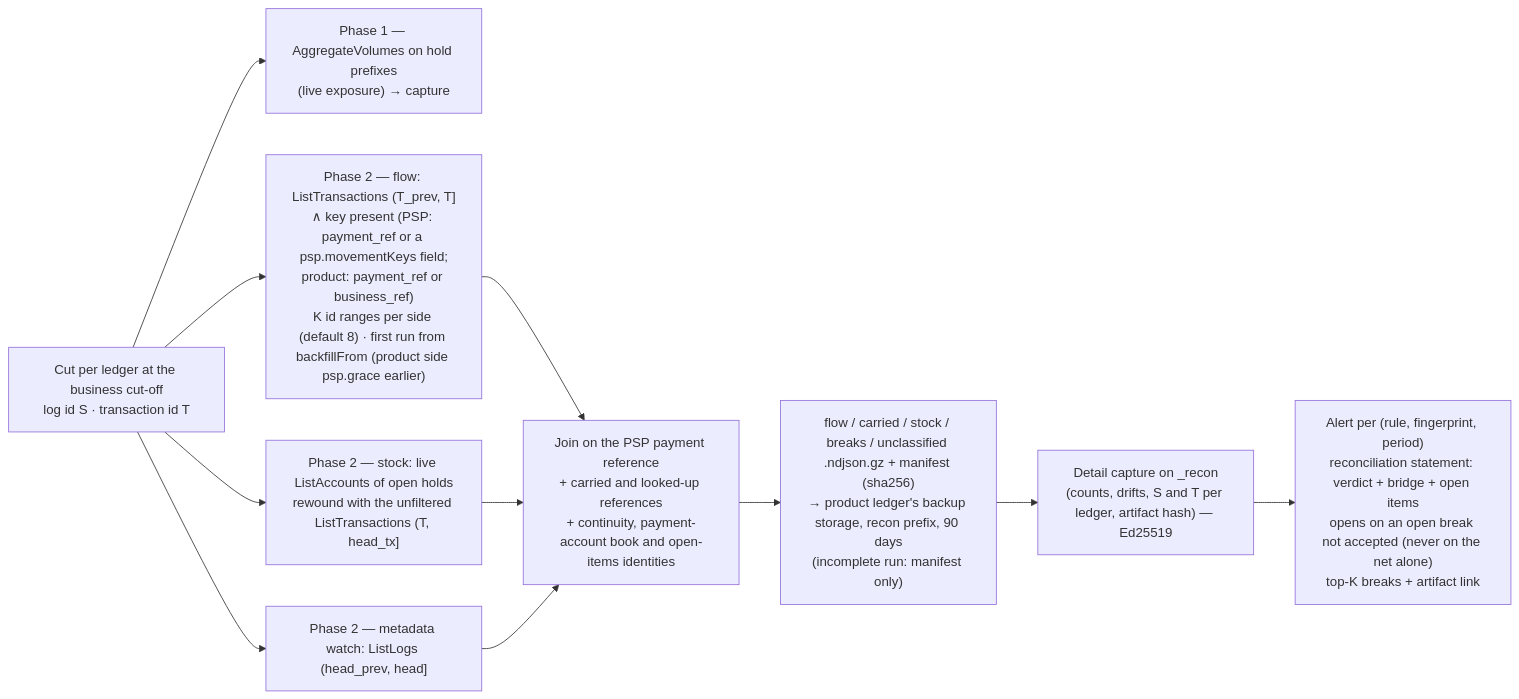
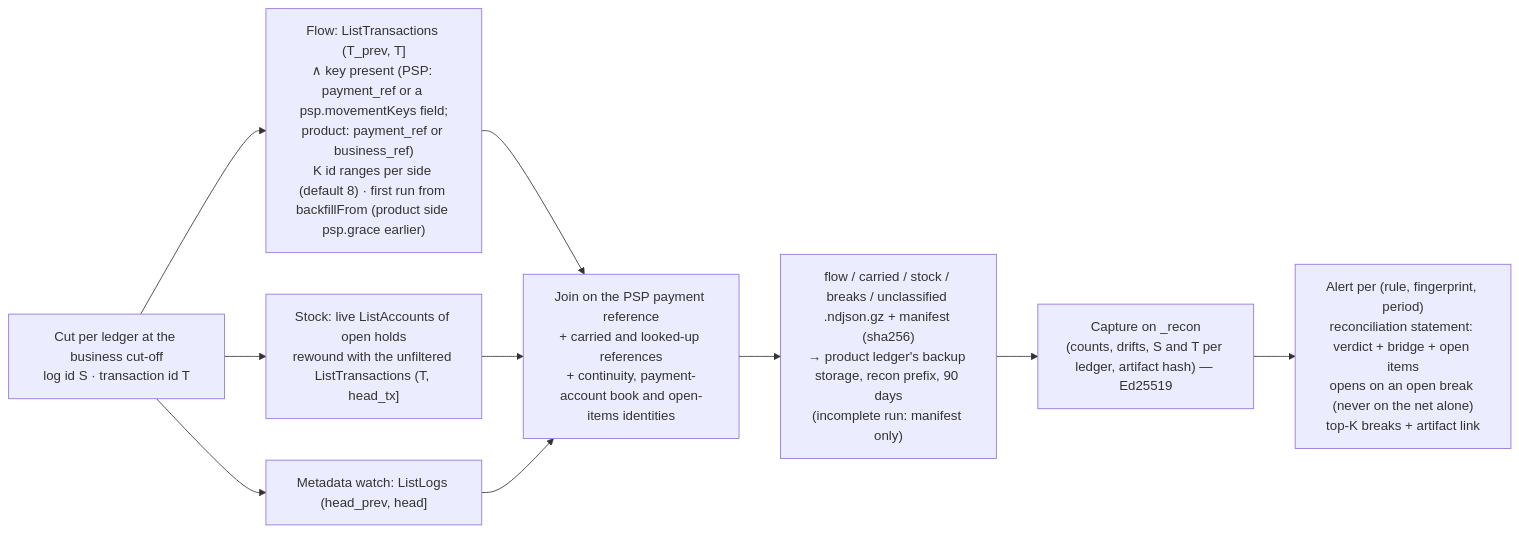
The ninth of 9 diagrams in docs/technical/workflows.md (formancehq/reconciliation), drawn with Mermaid before and after one commit. The commit also changed 3 other files, not shown here.

First line of the commit message:
docs(recon): make a run one asynchronous job, with no phase-1 capture (ADR-005 §7)

````diff
--- a/docs/technical/workflows.md
+++ b/docs/technical/workflows.md
@@ -326,13 +326,12 @@
 ```mermaid
 flowchart LR
-    Cut["Cut per ledger at the business cut-off<br/>log id S · transaction id T"] --> Agg["Phase 1 — AggregateVolumes on hold prefixes<br/>(live exposure) → capture"]
-    Cut --> Flow["Phase 2 — flow: ListTransactions (T_prev, T]<br/>∧ key present (PSP: payment_ref or a psp.movementKeys field;<br/>product: payment_ref or business_ref)<br/>K id ranges per side (default 8) · first run from backfillFrom (product side psp.grace earlier)"]
-    Cut --> Stock["Phase 2 — stock: live ListAccounts of open holds<br/>rewound with the unfiltered ListTransactions (T, head_tx]"]
-    Cut --> Watch["Phase 2 — metadata watch: ListLogs (head_prev, head]"]
+    Cut["Cut per ledger at the business cut-off<br/>log id S · transaction id T"] --> Flow["Flow: ListTransactions (T_prev, T]<br/>∧ key present (PSP: payment_ref or a psp.movementKeys field;<br/>product: payment_ref or business_ref)<br/>K id ranges per side (default 8) · first run from backfillFrom (product side psp.grace earlier)"]
+    Cut --> Stock["Stock: live ListAccounts of open holds<br/>rewound with the unfiltered ListTransactions (T, head_tx]"]
+    Cut --> Watch["Metadata watch: ListLogs (head_prev, head]"]
     Flow --> Join["Join on the PSP payment reference<br/>+ carried and looked-up references<br/>+ continuity, payment-account book and open-items identities"]
     Stock --> Join
     Watch --> Join
     Join --> Art["flow / carried / stock / breaks / unclassified .ndjson.gz + manifest (sha256)<br/>→ product ledger's backup storage, recon prefix, 90 days<br/>(incomplete run: manifest only)"]
-    Art --> Cap["Detail capture on _recon<br/>(counts, drifts, S and T per ledger, artifact hash) — Ed25519"]
-    Cap --> Alert["Alert per (rule, fingerprint, period)<br/>reconciliation statement: verdict + bridge + open items<br/>opens on an open break not accepted (never on the net alone)<br/>top-K breaks + artifact link"]
+    Art --> Cap["Capture on _recon<br/>(counts, drifts, S and T per ledger, artifact hash) — Ed25519"]
+    Cap --> Alert["Alert per (rule, fingerprint, period)<br/>reconciliation statement: verdict + bridge + open items<br/>opens on an open break (never on the net alone)<br/>top-K breaks + artifact link"]
 ```
````
